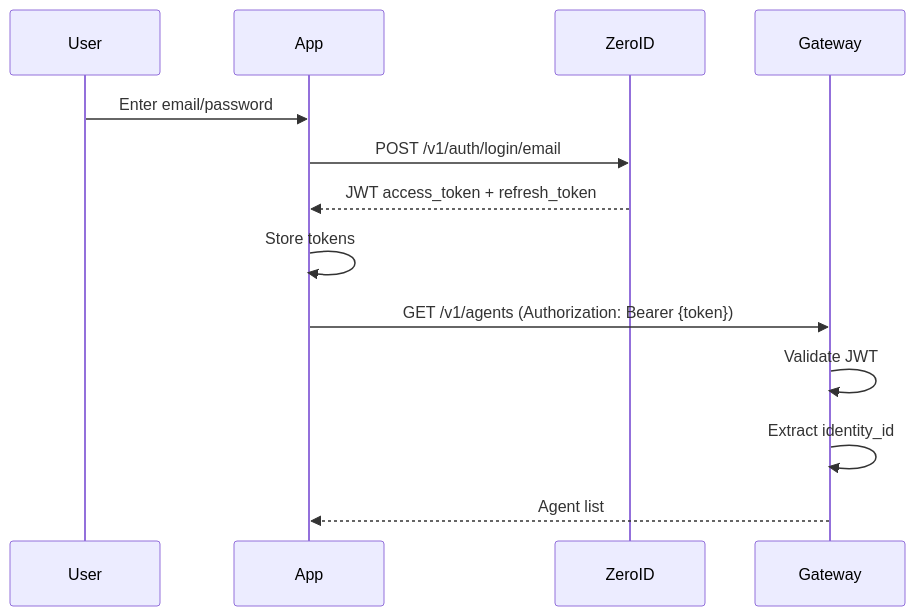
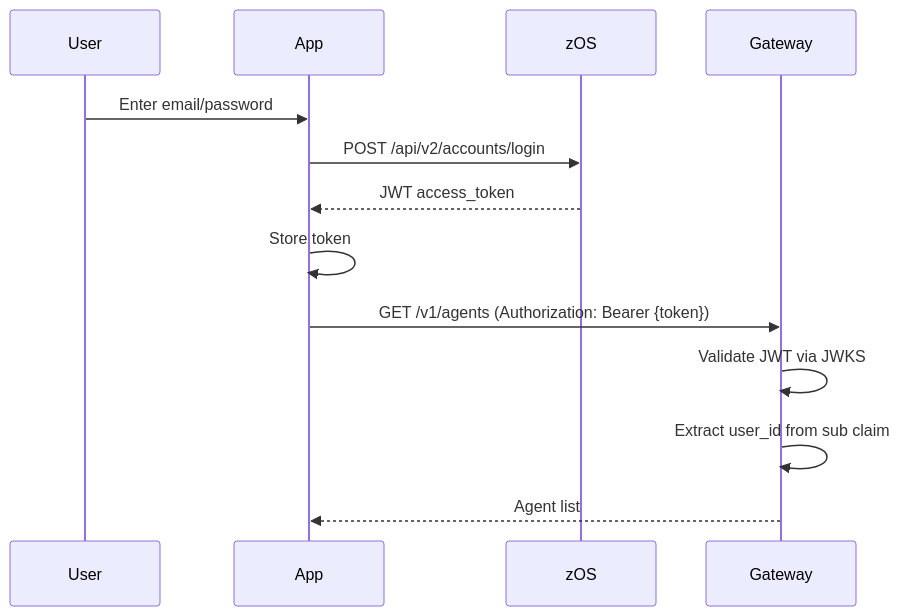
Before and after one commit to cypher-asi/aura-swarm: the second of 2 diagrams in docs/spec/v0.1.0/07-auth.md, drawn with Mermaid. The commit also changed other lines of this file and 64 other files, not shown here.

First line of the commit message:
feat: migrate auth from Zero-ID to zOS

````diff
--- a/docs/spec/v0.1.0/07-auth.md
+++ b/docs/spec/v0.1.0/07-auth.md
@@ -33,17 +32,17 @@
 ```mermaid
 sequenceDiagram
     participant User
     participant App
-    participant ZeroID
+    participant zOS
     participant Gateway
     
     User->>App: Enter email/password
-    App->>ZeroID: POST /v1/auth/login/email
-    ZeroID-->>App: JWT access_token + refresh_token
-    App->>App: Store tokens
+    App->>zOS: POST /api/v2/accounts/login
+    zOS-->>App: JWT access_token
+    App->>App: Store token
     
     App->>Gateway: GET /v1/agents (Authorization: Bearer {token})
-    Gateway->>Gateway: Validate JWT
-    Gateway->>Gateway: Extract identity_id
+    Gateway->>Gateway: Validate JWT via JWKS
+    Gateway->>Gateway: Extract user_id from sub claim
     Gateway-->>App: Agent list
 ```
````
